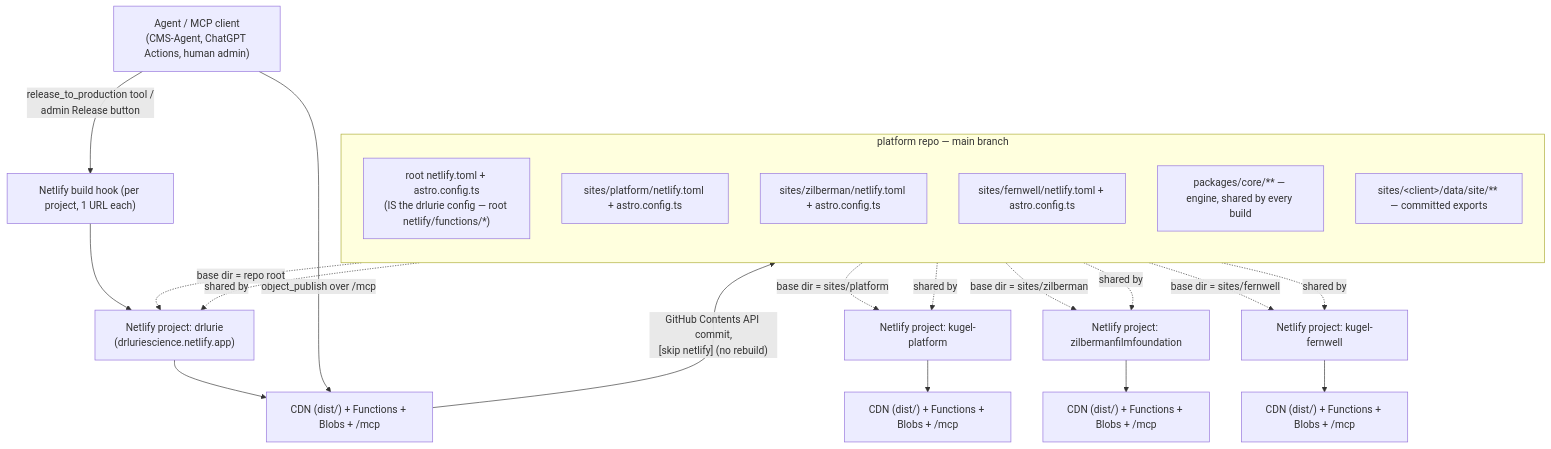
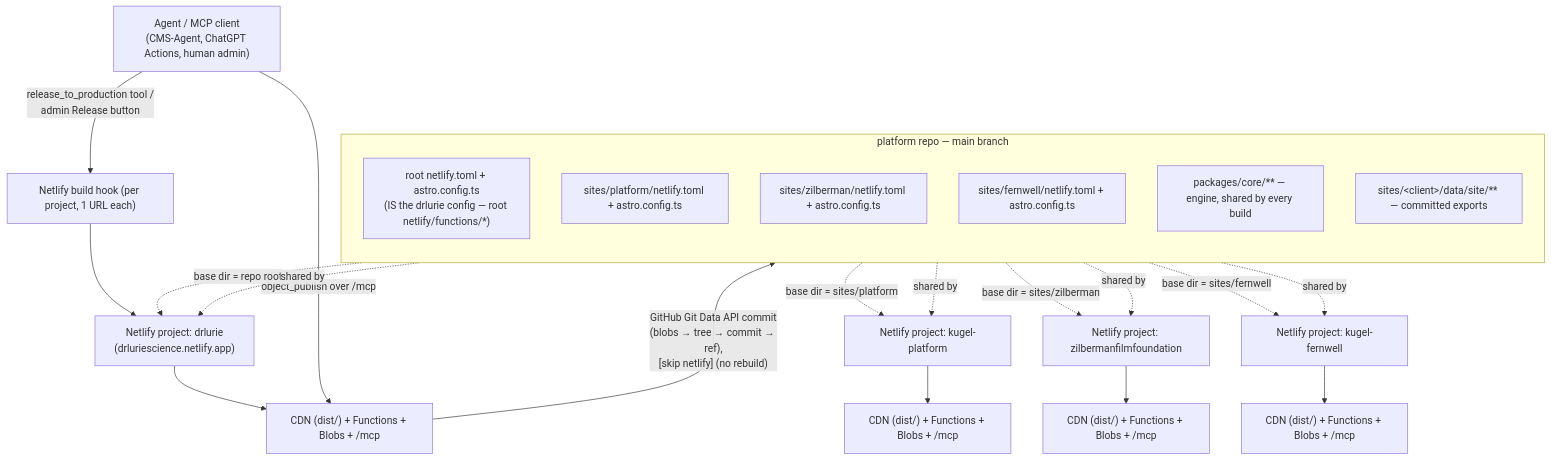
The diagram in docs/diagrams/deployment-topology.mmd (vreich-ui/platform), drawn with Mermaid before and after one commit. The commit also changed 25 other files, not shown here.

First line of the commit message:
docs: correction pass at 420afbd — release order, Git Data API naming, generated inventory, evidence classes (#695)

```diff
--- a/docs/diagrams/deployment-topology.mmd
+++ b/docs/diagrams/deployment-topology.mmd
@@ -1,30 +1,30 @@
 flowchart TB
     subgraph REPO["platform repo — main branch"]
         direction TB
         RootCfg["root netlify.toml + astro.config.ts\n(IS the drlurie config — root netlify/functions/*)"]
         PlatCfg["sites/platform/netlify.toml + astro.config.ts"]
         ZilCfg["sites/zilberman/netlify.toml + astro.config.ts"]
         FerCfg["sites/fernwell/netlify.toml + astro.config.ts"]
         Core["packages/core/** — engine, shared by every build"]
         Exports["sites/&lt;client&gt;/data/site/** — committed exports"]
     end
 
     RootCfg -.base dir = repo root.-> N1["Netlify project: drlurie\n(drluriescience.netlify.app)"]
     PlatCfg -.base dir = sites/platform.-> N2["Netlify project: kugel-platform"]
     ZilCfg -.base dir = sites/zilberman.-> N3["Netlify project: zilbermanfilmfoundation"]
     FerCfg -.base dir = sites/fernwell.-> N4["Netlify project: kugel-fernwell"]
 
     N1 --> Edge1["CDN (dist/) + Functions + Blobs + /mcp"]
     N2 --> Edge2["CDN (dist/) + Functions + Blobs + /mcp"]
     N3 --> Edge3["CDN (dist/) + Functions + Blobs + /mcp"]
     N4 --> Edge4["CDN (dist/) + Functions + Blobs + /mcp"]
 
     Agent["Agent / MCP client\n(CMS-Agent, ChatGPT Actions, human admin)"] -- "object_publish over /mcp" --> Edge1
-    Edge1 -- "GitHub Contents API commit,\n[skip netlify] (no rebuild)" --> Exports
+    Edge1 -- "GitHub Git Data API commit\n(blobs → tree → commit → ref),\n[skip netlify] (no rebuild)" --> Exports
     Agent -- "release_to_production tool /\nadmin Release button" --> Hook["Netlify build hook (per project, 1 URL each)"]
     Hook --> N1
 
     Core -.shared by.-> N1
     Core -.shared by.-> N2
     Core -.shared by.-> N3
     Core -.shared by.-> N4
```
